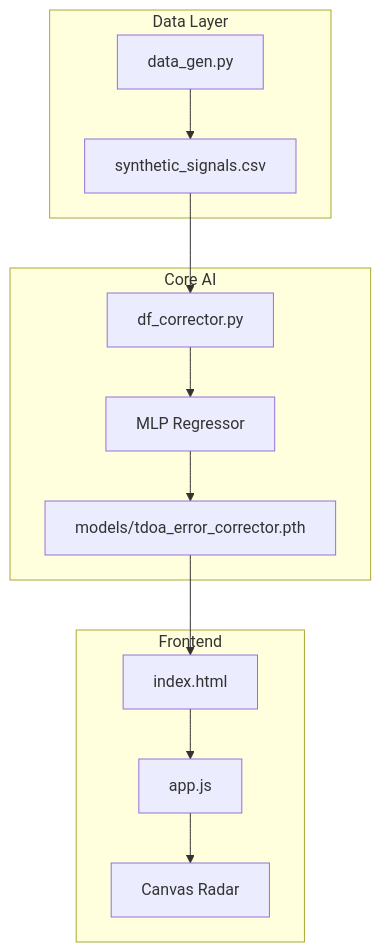
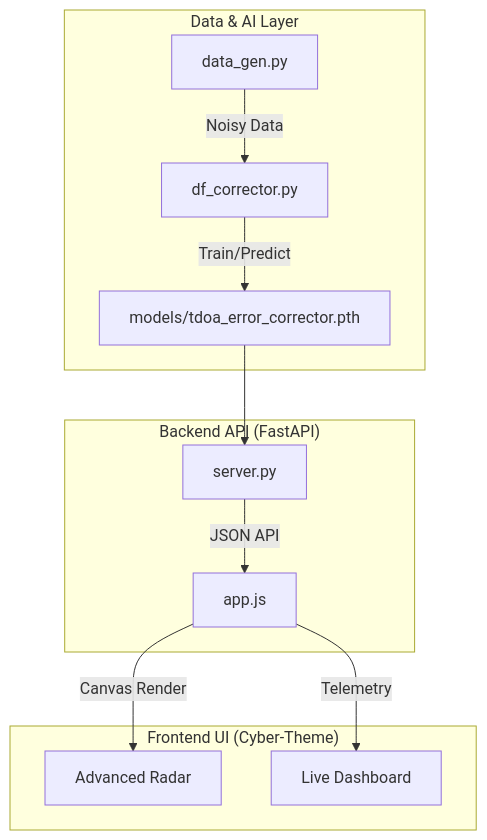
Before and after one commit to arch-yunus/ai-direction-finder-corrector: the diagram in README.md, drawn with Mermaid. The commit also changed other lines of this file and 7 other files, not shown here.

Commit message:
Comprehensive Update v2.0: FastAPI Integration, Premium UI Redesign, and Enhanced AI Modeling

````diff
--- a/README.md
+++ b/README.md
@@ -49,18 +45,17 @@
 ```mermaid
 graph TD
-    subgraph "Data Layer"
-        DG[data_gen.py] --> CSV[synthetic_signals.csv]
+    subgraph "Data & AI Layer"
+        DG[data_gen.py] -->|Noisy Data| DFC[df_corrector.py]
+        DFC -->|Train/Predict| MDL[models/tdoa_error_corrector.pth]
     end
     
-    subgraph "Core AI"
-        CSV --> DFC[df_corrector.py]
-        DFC --> MLP[MLP Regressor]
-        MLP --> PTH[models/tdoa_error_corrector.pth]
+    subgraph "Backend API (FastAPI)"
+        MDL --> SRV[server.py]
+        SRV -->|JSON API| JS[app.js]
     end
     
-    subgraph "Frontend"
-        PTH --> WEB[index.html]
-        WEB --> JS[app.js]
-        JS --> CANVAS[Canvas Radar]
+    subgraph "Frontend UI (Cyber-Theme)"
+        JS -->|Canvas Render| RDR[Advanced Radar]
+        JS -->|Telemetry| UI[Live Dashboard]
     end
 ```
````
